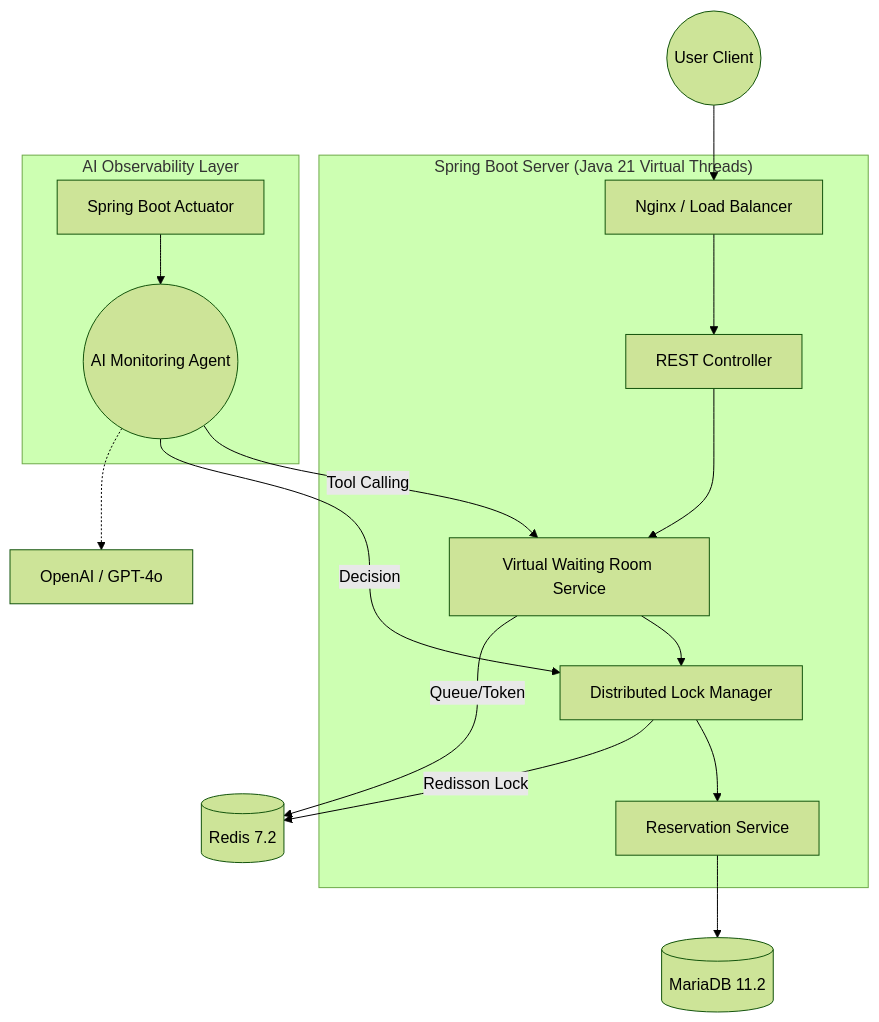
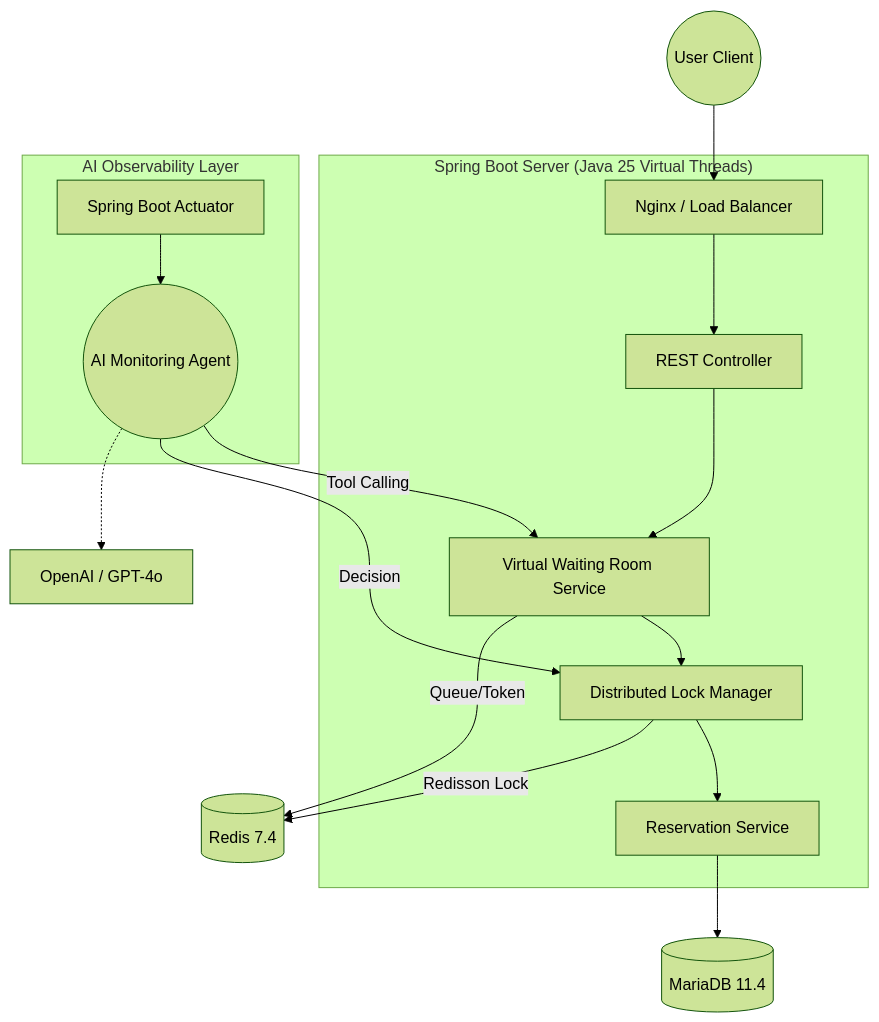
One commit to SpeUjin/T-CORE-v2 changed the diagram in README.md. Above: the diagram before and after it, drawn with Mermaid (forest theme). The commit also changed other lines of this file, not shown here.

````diff
--- a/README.md
+++ b/README.md
@@ -31,29 +45,29 @@
 ```mermaid
 graph TD
     %% 사용자 및 로드밸런서
     User((User Client)) --> LB[Nginx / Load Balancer]
     
     %% 서버 및 로직
-    subgraph "Spring Boot Server (Java 21 Virtual Threads)"
+    subgraph "Spring Boot Server (Java 25 Virtual Threads)"
         LB --> API[REST Controller]
         API --> VWR[Virtual Waiting Room Service]
         VWR --> DL[Distributed Lock Manager]
         DL --> RS[Reservation Service]
     end
 
     %% AI 레이어
     subgraph "AI Observability Layer"
         Agent((AI Monitoring Agent))
         Actuator[Spring Boot Actuator] --> Agent
         Agent -- "Tool Calling" --> VWR
         Agent -- "Decision" --> DL
     end
 
     %% 데이터 저장소
-    RS --> MariaDB[(MariaDB 11.2)]
+    RS --> MariaDB[(MariaDB 11.4)]
     VWR -- "Queue/Token" --> Redis
-    DL -- "Redisson Lock" --> Redis[(Redis 7.2)]
+    DL -- "Redisson Lock" --> Redis[(Redis 7.4)]
     
     %% AI 외부 연결
     Agent -.-> LLM[OpenAI / GPT-4o]
 ```
````
